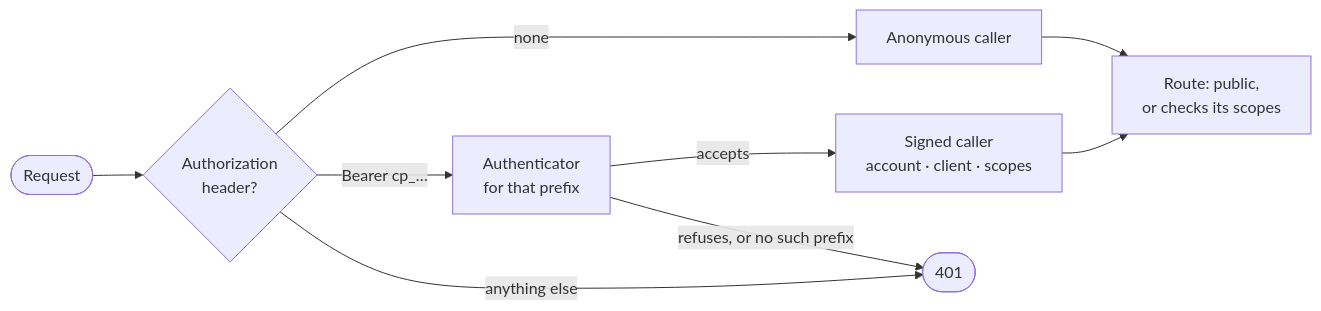
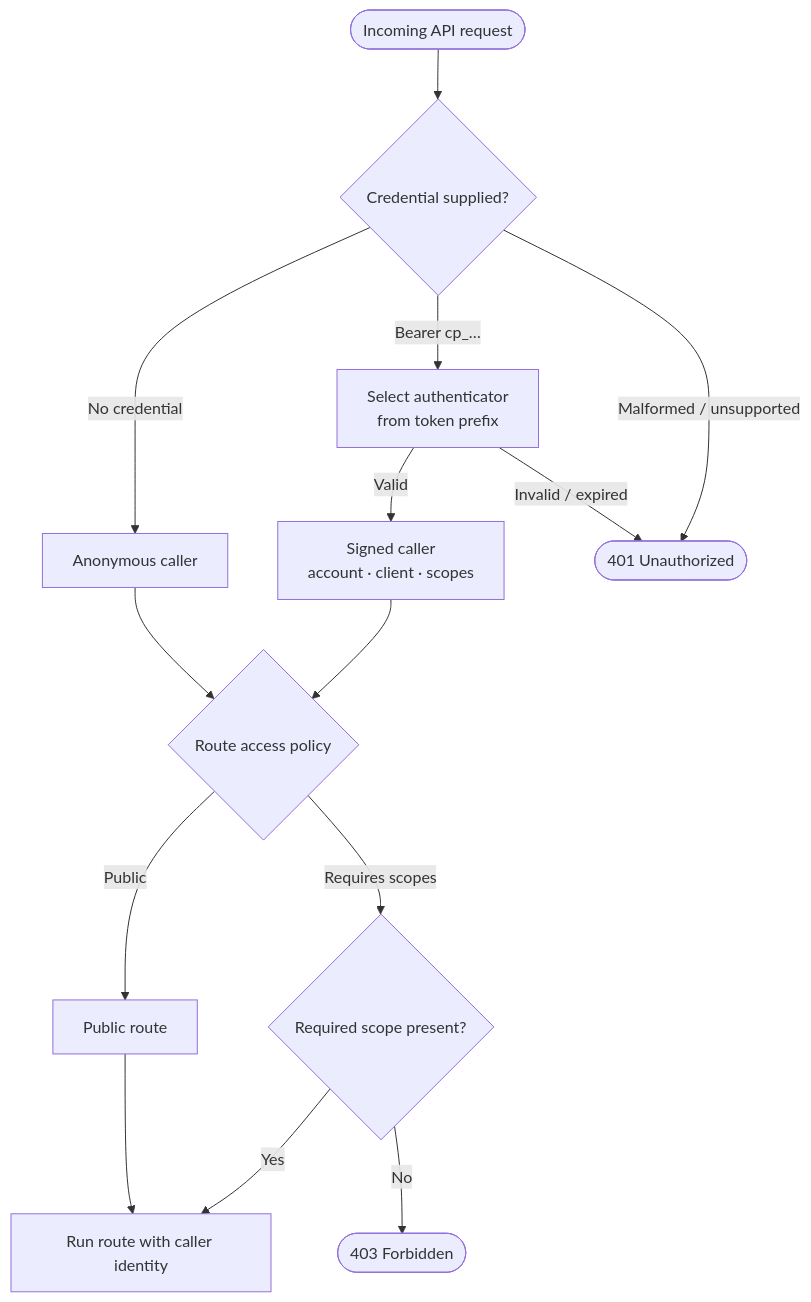
Before and after one commit to tkint/coach-poulpy: the first of 2 diagrams in docs/the-api.md, drawn with Mermaid. The commit also changed other lines of this file and 3 other files, not shown here.

Commit message:
docs: add vertical architecture and authentication diagrams

````diff
--- a/docs/the-api.md
+++ b/docs/the-api.md
@@ -9,11 +9,25 @@
 ```mermaid
-flowchart LR
-    request(["Request"]) --> header{"Authorization<br/>header?"}
-    header -- "none" --> anonymous["Anonymous caller"]
-    header -- "Bearer cp_…" --> authenticator["Authenticator<br/>for that prefix"]
-    authenticator -- "accepts" --> signed["Signed caller<br/>account · client · scopes"]
-    authenticator -- "refuses, or no such prefix" --> denied(["401"])
-    header -- "anything else" --> denied
-    anonymous --> route["Route: public,<br/>or checks its scopes"]
-    signed --> route
+flowchart TD
+    request(["Incoming API request"])
+    header{"Credential supplied?"}
+    anonymous["Anonymous caller"]
+    authenticator["Select authenticator<br/>from token prefix"]
+    signed["Signed caller<br/>account · client · scopes"]
+    denied(["401 Unauthorized"])
+    route{"Route access policy"}
+    public["Public route"]
+    scope{"Required scope present?"}
+    forbidden(["403 Forbidden"])
+    response["Run route with caller identity"]
+
+    request --> header
+    header -->|No credential| anonymous --> route
+    header -->|Bearer cp_…| authenticator
+    header -->|Malformed / unsupported| denied
+    authenticator -->|Valid| signed --> route
+    authenticator -->|Invalid / expired| denied
+    route -->|Public| public --> response
+    route -->|Requires scopes| scope
+    scope -->|Yes| response
+    scope -->|No| forbidden
 ```
````
